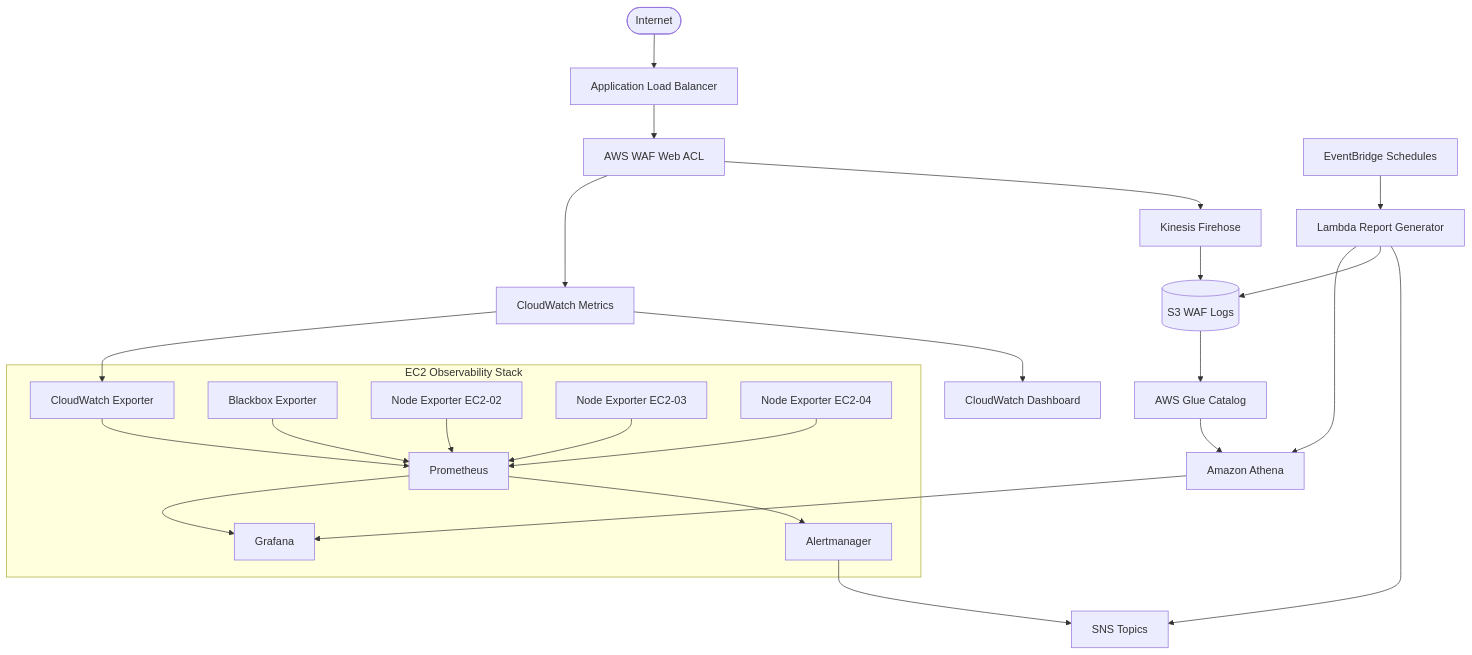
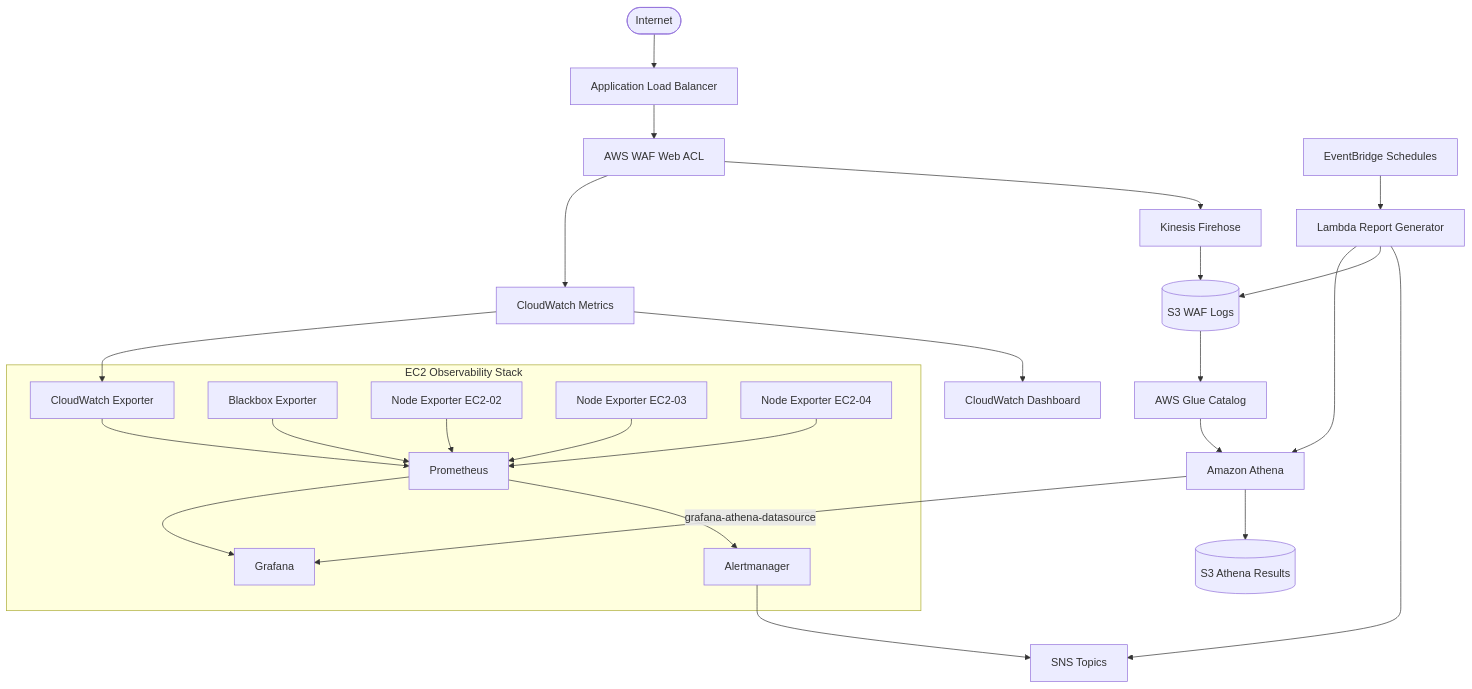
The first of 7 diagrams in diagrams/architecture.md (durgaprasadraju/aws-wafsecurity-monitoring), drawn with Mermaid before and after one commit. The commit also changed other lines of this file and 19 other files, not shown here.

Commit message:
grafana athena dashboard

````diff
--- a/diagrams/architecture.md
+++ b/diagrams/architecture.md
@@ -5,49 +5,51 @@
 ```mermaid
 flowchart TB
     Internet([Internet])
     ALB[Application Load Balancer]
     WAF[AWS WAF Web ACL]
     CW[CloudWatch Metrics]
     FH[Kinesis Firehose]
     S3[(S3 WAF Logs)]
+    S3R[(S3 Athena Results)]
     Glue[AWS Glue Catalog]
     Athena[Amazon Athena]
     Lambda[Lambda Report Generator]
     EB[EventBridge Schedules]
     SNS[SNS Topics]
     CW_Dash[CloudWatch Dashboard]
 
     subgraph Observability["EC2 Observability Stack"]
         Prom[Prometheus]
         Graf[Grafana]
         AM[Alertmanager]
         CWE[CloudWatch Exporter]
         BBE[Blackbox Exporter]
         NE1[Node Exporter EC2-02]
         NE2[Node Exporter EC2-03]
         NE3[Node Exporter EC2-04]
     end
 
     Internet --> ALB
     ALB --> WAF
     WAF --> CW
     WAF --> FH
     FH --> S3
     S3 --> Glue
     Glue --> Athena
     EB --> Lambda
     Lambda --> Athena
     Lambda --> S3
     Lambda --> SNS
-    Athena --> Graf
+    Athena --> S3R
+    Athena -->|grafana-athena-datasource| Graf
     CW --> CWE
     CWE --> Prom
     Prom --> Graf
     Prom --> AM
     AM --> SNS
     NE1 --> Prom
     NE2 --> Prom
     NE3 --> Prom
     BBE --> Prom
     CW --> CW_Dash
 ```
````
